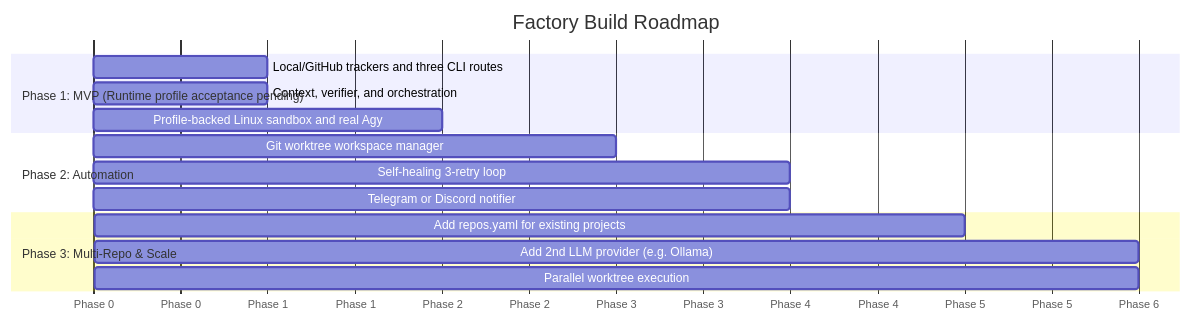
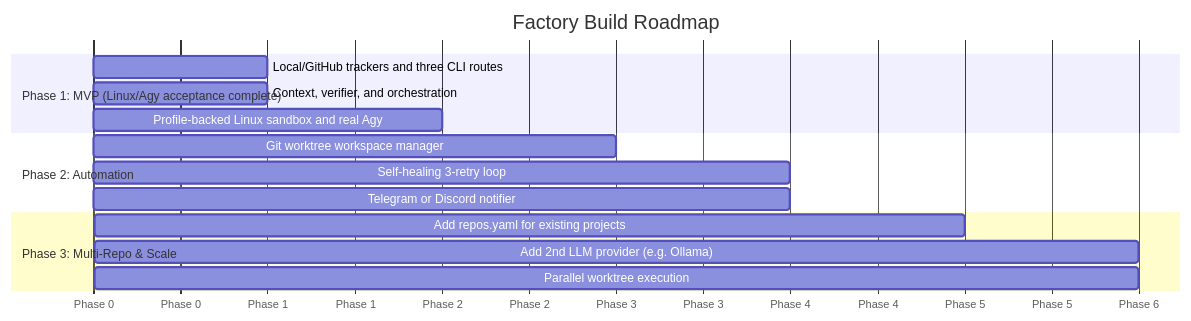
Before and after one commit to islam-kamel/software_factory: the fifth of 5 diagrams in docs/system_design.md, drawn with Mermaid. The commit also changed other lines of this file and 3 other files, not shown here.

Commit message:
docs: document verified Linux AGY lifecycle

````diff
--- a/docs/system_design.md
+++ b/docs/system_design.md
@@ -224,21 +224,21 @@
 ```mermaid
 gantt
     title Factory Build Roadmap
     dateFormat X
     axisFormat Phase %s
 
-    section Phase 1: MVP (Runtime profile acceptance pending)
+    section Phase 1: MVP (Linux/Agy acceptance complete)
     Local/GitHub trackers and three CLI routes :p1, 0, 1
     Context, verifier, and orchestration       :p2, 0, 1
     Profile-backed Linux sandbox and real Agy :p3, 1, 2
 
     section Phase 2: Automation
     Git worktree workspace manager         :p5, 2, 3
     Self-healing 3-retry loop              :p6, 2, 4
     Telegram or Discord notifier           :p7, 3, 4
 
     section Phase 3: Multi-Repo & Scale
     Add repos.yaml for existing projects   :p8, 4, 5
     Add 2nd LLM provider (e.g. Ollama)     :p9, 4, 6
     Parallel worktree execution            :p10, 5, 6
 ```
````
